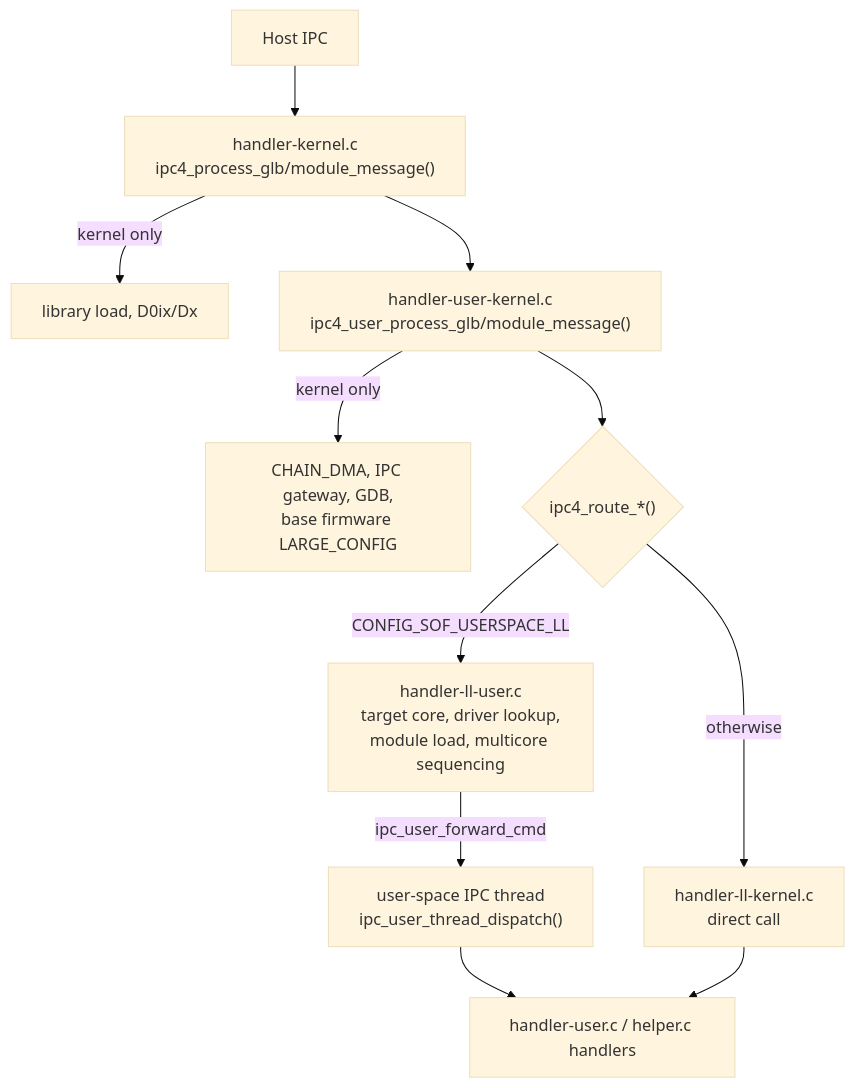
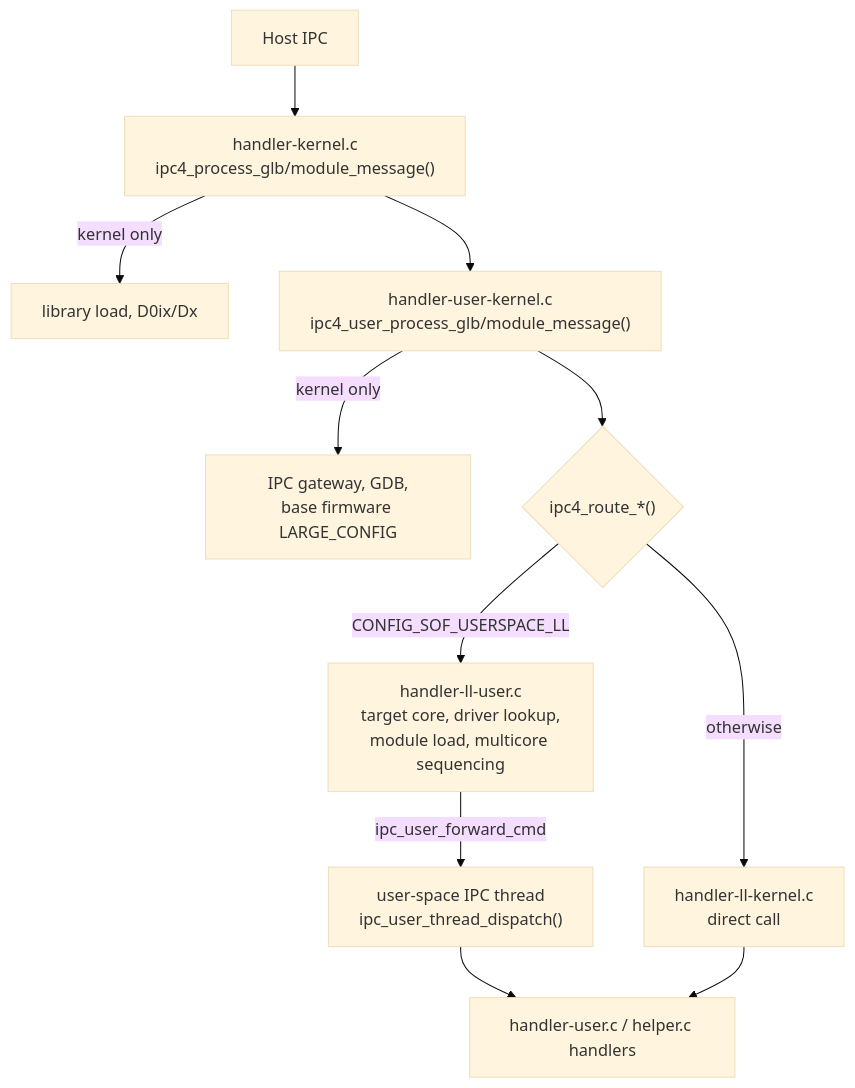
One commit to thesofproject/sof changed the second of 4 diagrams in src/ipc/ipc4/README.md. Above: the diagram before and after it, drawn with Mermaid (base theme). The commit also changed other lines of this file and 1 other file, not shown here.

First line of the commit message:
userspace: doc: describe the kernel DMA and chain DMA handling

````diff
--- a/src/ipc/ipc4/README.md
+++ b/src/ipc/ipc4/README.md
@@ -64,13 +64,13 @@
 ```mermaid
 graph TD
     Host[Host IPC] --> Disp["handler-kernel.c<br/>ipc4_process_glb/module_message()"]
     Disp -->|kernel only| KOnly["library load, D0ix/Dx"]
     Disp --> Routers["handler-user-kernel.c<br/>ipc4_user_process_glb/module_message()"]
-    Routers -->|kernel only| KRouted["CHAIN_DMA, IPC gateway, GDB,<br/>base firmware LARGE_CONFIG"]
+    Routers -->|kernel only| KRouted["IPC gateway, GDB,<br/>base firmware LARGE_CONFIG"]
     Routers --> Route{"ipc4_route_*()"}
     Route -->|CONFIG_SOF_USERSPACE_LL| LLUser["handler-ll-user.c<br/>target core, driver lookup,<br/>module load, multicore sequencing"]
     Route -->|otherwise| LLKernel["handler-ll-kernel.c<br/>direct call"]
     LLUser -->|ipc_user_forward_cmd| UThread["user-space IPC thread<br/>ipc_user_thread_dispatch()"]
     UThread --> Handlers["handler-user.c / helper.c handlers"]
     LLKernel --> Handlers
 ```
````
